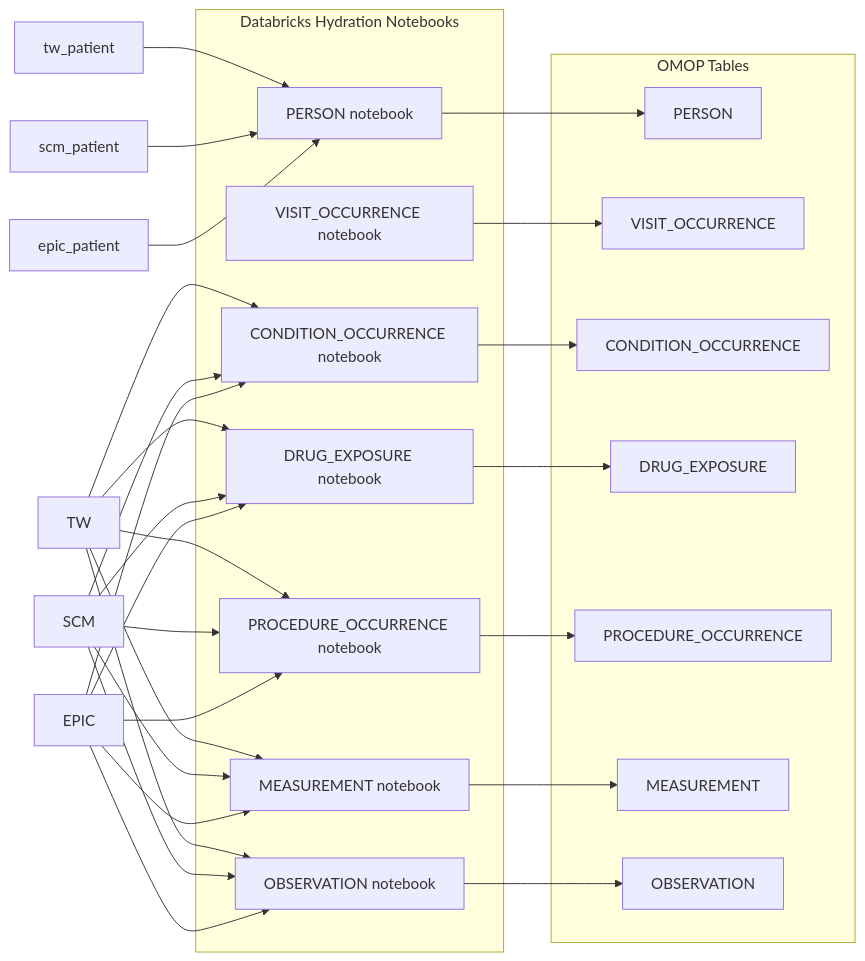
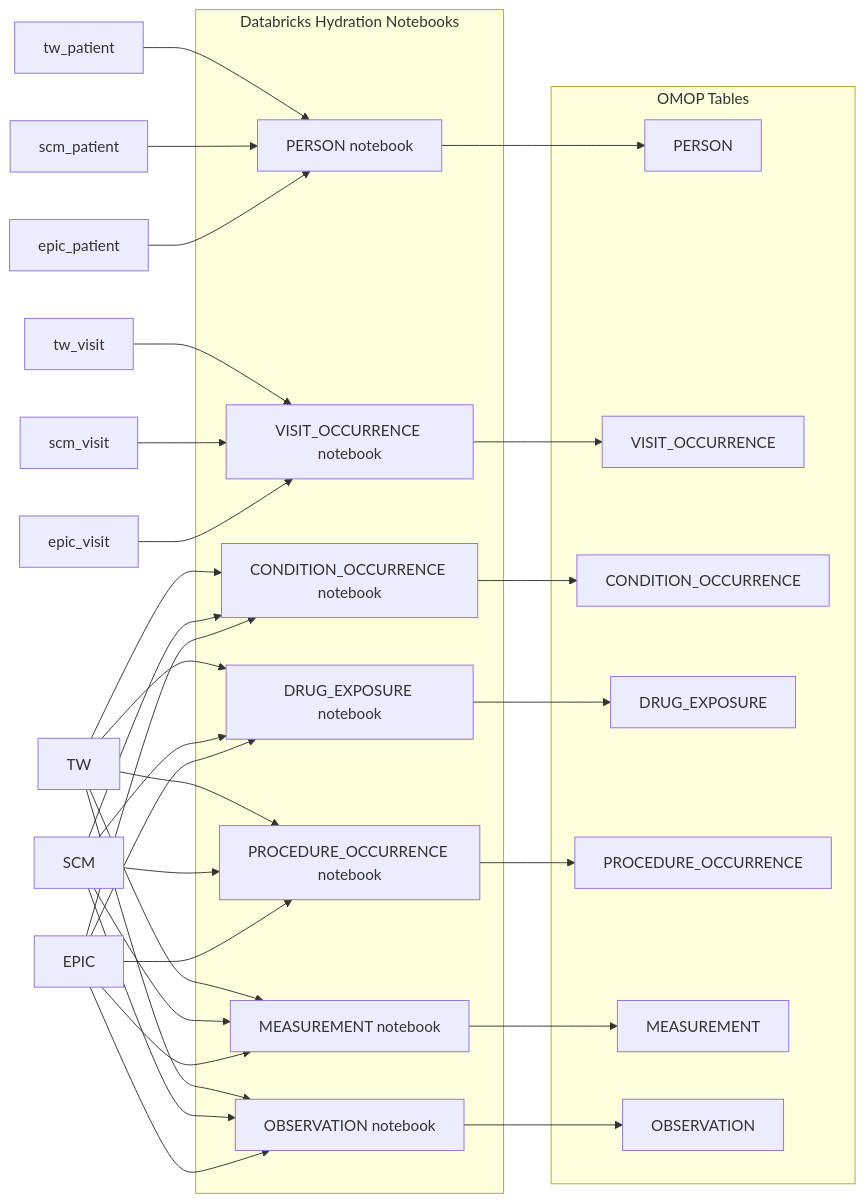
Before and after one commit to janyaibe/omop-accelerator: the first of 11 diagrams in docs/omop_architecture_erd_with_sources.md, drawn with Mermaid.

````diff
--- a/docs/omop_architecture_erd_with_sources.md
+++ b/docs/omop_architecture_erd_with_sources.md
@@ -9,55 +9,58 @@
 ```mermaid
 flowchart LR
 
    subgraph DBX[Databricks Hydration Notebooks]
         nb_person[PERSON notebook]
         nb_visit[VISIT_OCCURRENCE notebook]
         nb_condition[CONDITION_OCCURRENCE notebook]
         nb_drug[DRUG_EXPOSURE notebook]
         nb_proc[PROCEDURE_OCCURRENCE notebook]
         nb_meas[MEASUREMENT notebook]
         nb_obs[OBSERVATION notebook]
     end
 
     subgraph OMOP[OMOP Tables]
         PERSON
         VISIT_OCCURRENCE
         CONDITION_OCCURRENCE
         DRUG_EXPOSURE
         PROCEDURE_OCCURRENCE
         MEASUREMENT
         OBSERVATION
     end
 
     tw_patient --> nb_person
     scm_patient --> nb_person
     epic_patient --> nb_person
     nb_person --> PERSON
 
+   tw_visit --> nb_visit
+   scm_visit --> nb_visit
+   epic_visit --> nb_visit
    nb_visit --> VISIT_OCCURRENCE
 
     TW --> nb_condition
     SCM --> nb_condition
     EPIC --> nb_condition
     nb_condition --> CONDITION_OCCURRENCE
 
     TW --> nb_drug
     SCM --> nb_drug
     EPIC --> nb_drug
     nb_drug --> DRUG_EXPOSURE
 
     TW --> nb_proc
     SCM --> nb_proc
     EPIC --> nb_proc
     nb_proc --> PROCEDURE_OCCURRENCE
 
     TW --> nb_meas
     SCM --> nb_meas
     EPIC --> nb_meas
     nb_meas --> MEASUREMENT
 
     TW --> nb_obs
     SCM --> nb_obs
     EPIC --> nb_obs
     nb_obs --> OBSERVATION
 ```
````
